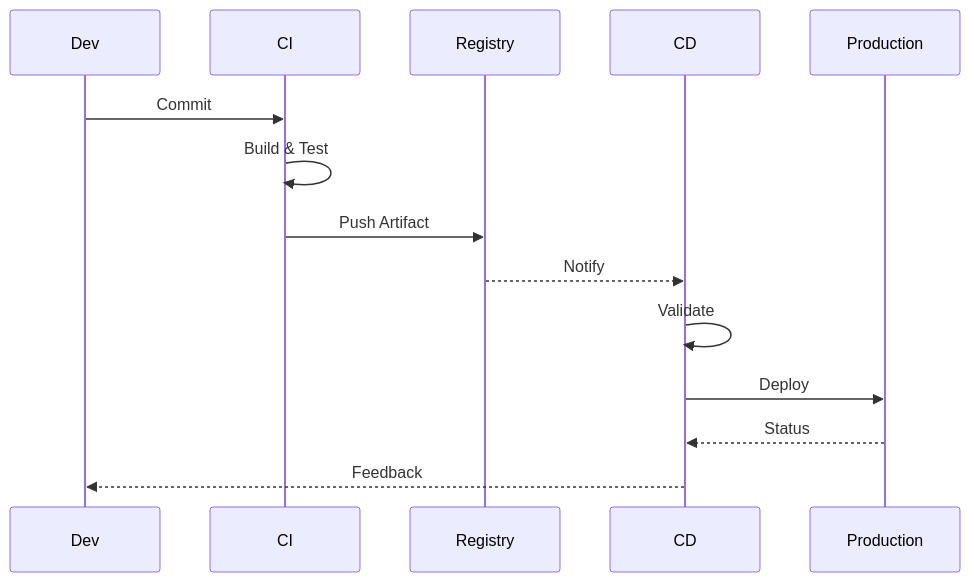
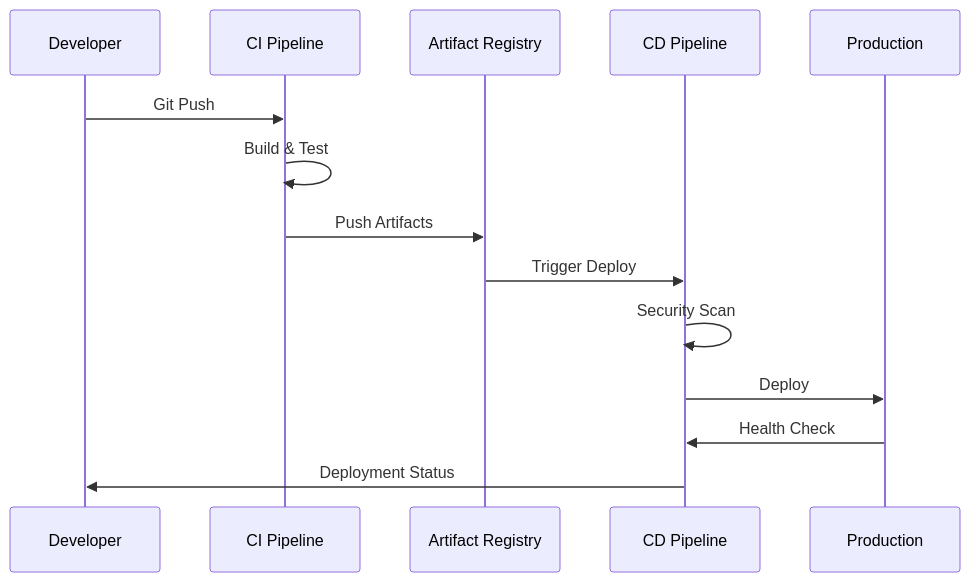
One commit to xincheng213618/OpenDeepWiki changed the second of 5 diagrams in src/KoalaWiki/Prompts/Warehouse/GenerateDocsDevOpsConfiguration.md. Above: the diagram before and after it, drawn with Mermaid. The commit also changed other lines of this file and 31 other files, not shown here.

````diff
--- a/src/KoalaWiki/Prompts/Warehouse/GenerateDocsDevOpsConfiguration.md
+++ b/src/KoalaWiki/Prompts/Warehouse/GenerateDocsDevOpsConfiguration.md
@@ -95,16 +111,17 @@
 ```mermaid
 sequenceDiagram
-    participant Dev
-    participant CI
-    participant Registry
-    participant CD
-    participant Production
-    Dev->>CI: Commit
+    participant Dev as Developer
+    participant CI as CI Pipeline
+    participant Registry as Artifact Registry
+    participant CD as CD Pipeline
+    participant Prod as Production
+    
+    Dev->>CI: Git Push
     CI->>CI: Build & Test
-    CI->>Registry: Push Artifact
-    Registry-->>CD: Notify
-    CD->>CD: Validate
-    CD->>Production: Deploy
-    Production-->>CD: Status
-    CD-->>Dev: Feedback
+    CI->>Registry: Push Artifacts
+    Registry->>CD: Trigger Deploy
+    CD->>CD: Security Scan
+    CD->>Prod: Deploy
+    Prod->>CD: Health Check
+    CD->>Dev: Deployment Status
 ```
````
